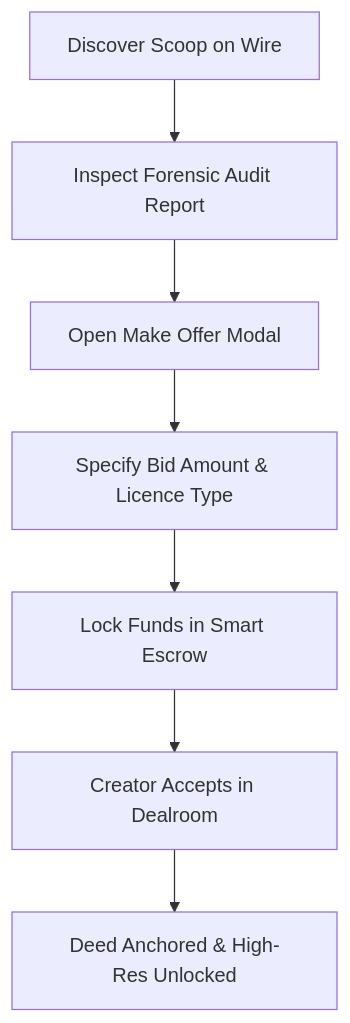
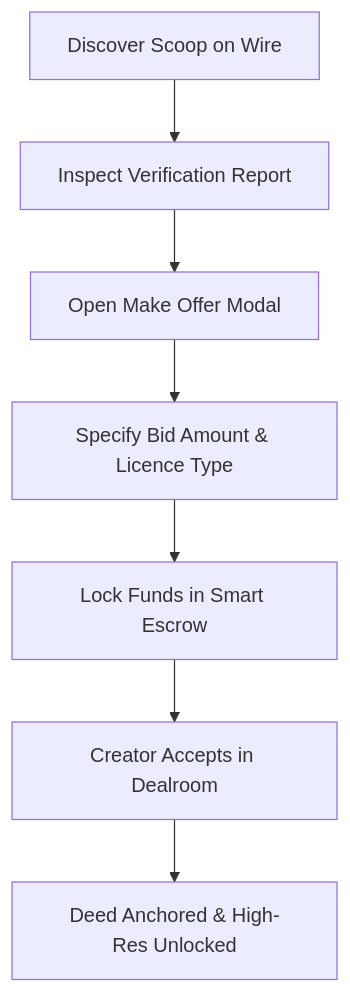
One commit to NewsCompass/docs changed the diagram in terminal/concord-dealroom.mdx. Above: the diagram before and after it, drawn with Mermaid. The commit also changed other lines of this file and 8 other files, not shown here.

Commit message:
docs: remove restricted terms (whistleblower, forensic) and standardise on provenance/verification terminology

````diff
--- a/terminal/concord-dealroom.mdx
+++ b/terminal/concord-dealroom.mdx
@@ -8,9 +8,9 @@
 ```mermaid
 graph TD
-    A[Discover Scoop on Wire] --> B[Inspect Forensic Audit Report]
+    A[Discover Scoop on Wire] --> B[Inspect Verification Report]
     B --> C[Open Make Offer Modal]
     C --> D[Specify Bid Amount & Licence Type]
     D --> E[Lock Funds in Smart Escrow]
     E --> F[Creator Accepts in Dealroom]
     F --> G[Deed Anchored & High-Res Unlocked]
 ```
````
